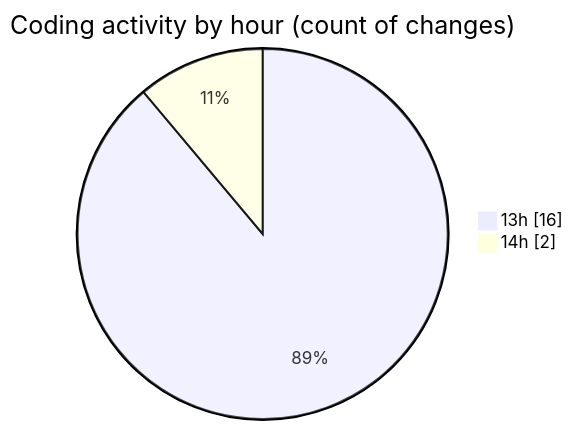
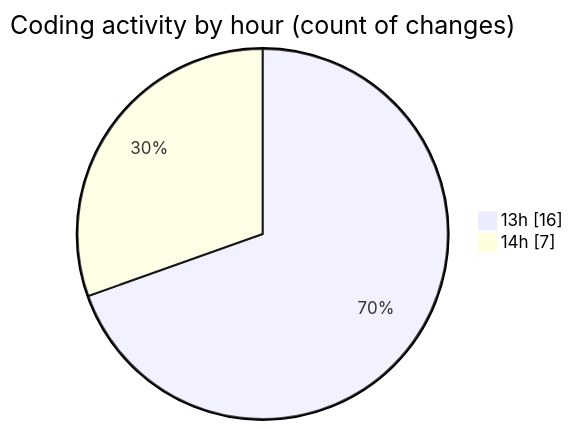
One commit to charlie-sans/code-tracking changed the second of 2 diagrams in 2025-02-23/codepack/README.md. Above: the diagram before and after it, drawn with Mermaid. The commit also changed other lines of this file and 1 other file, not shown here.

````diff
--- a/2025-02-23/codepack/README.md
+++ b/2025-02-23/codepack/README.md
@@ -30,6 +30,6 @@
 ```mermaid
 pie showData
 title Coding activity by hour (count of changes)
 "13h" : 16
-"14h" : 2
+"14h" : 7
 ```
````
